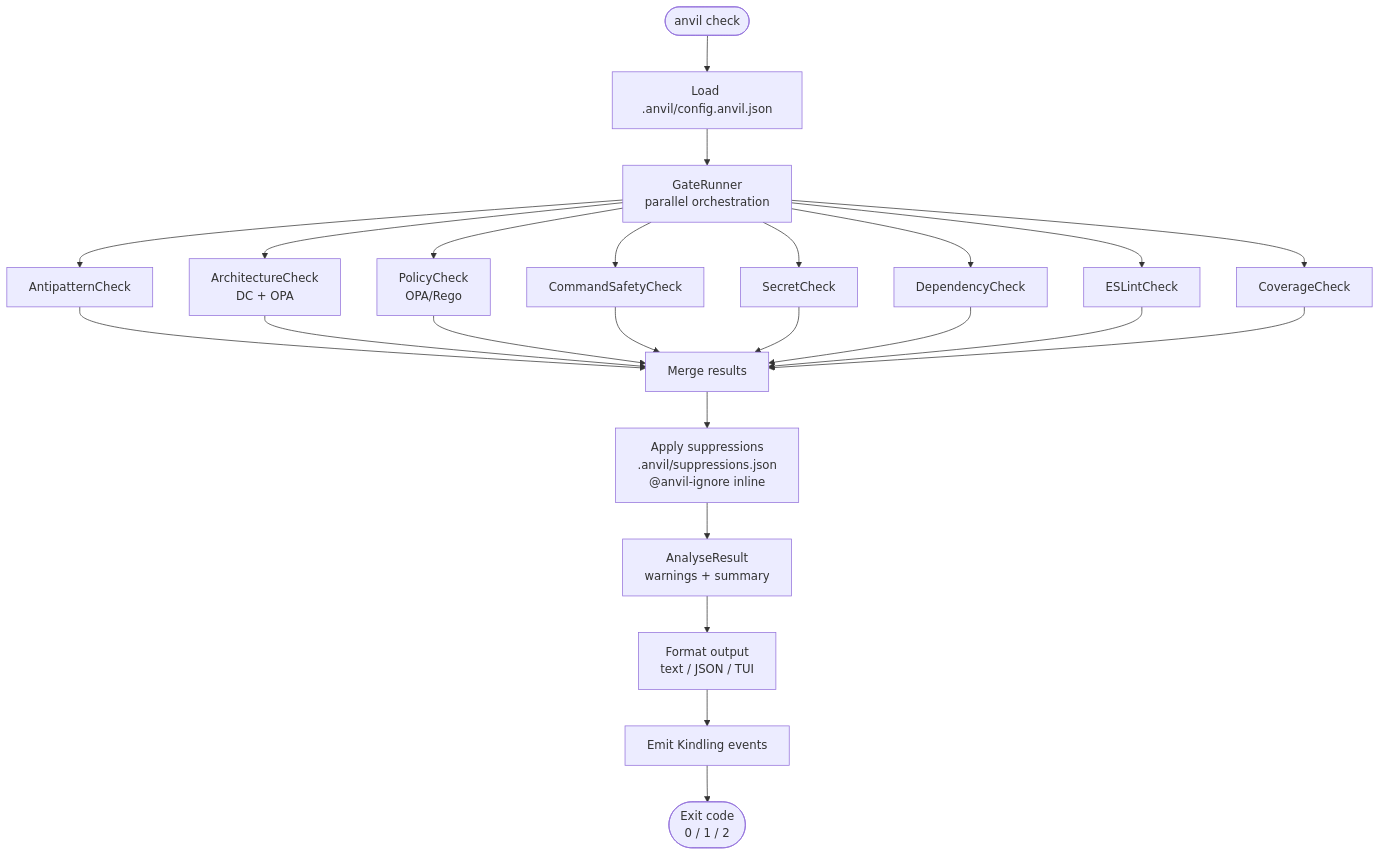
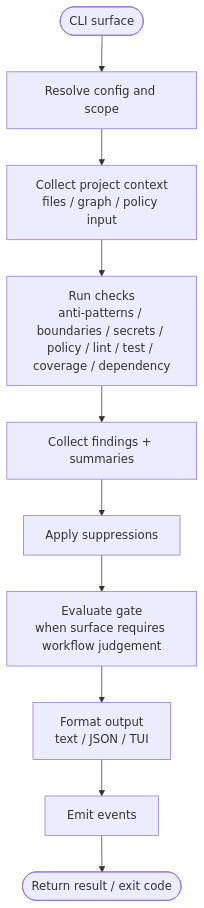
One commit to eddacraft/eddacraft-tui changed the third of 6 diagrams in docs/architecture/overview.md. Above: the diagram before and after it, drawn with Mermaid. The commit also changed other lines of this file and 15 other files, not shown here.

Commit message:
docs(architecture): define quality model and follow-on plans

````diff
--- a/docs/architecture/overview.md
+++ b/docs/architecture/overview.md
@@ -183,44 +238,15 @@
 ```mermaid
 flowchart TD
-    start(["anvil check"])
-    config["Load .anvil/config.anvil.json"]
-    gate["GateRunner<br/>parallel orchestration"]
+    start(["CLI surface"])
+    config["Resolve config and scope"]
+    context["Collect project context\nfiles / graph / policy input"]
+    checks["Run checks\nanti-patterns / boundaries / secrets / policy / lint / test / coverage / dependency"]
+    findings["Collect findings + summaries"]
+    suppress["Apply suppressions"]
+    gate["Evaluate gate\nwhen surface requires workflow judgement"]
+    format["Format output\ntext / JSON / TUI"]
+    kindling["Emit events"]
+    exit(["Return result / exit code"])
 
-    ap["AntipatternCheck"]
-    arch["ArchitectureCheck<br/>DC + OPA"]
-    pol["PolicyCheck<br/>OPA/Rego"]
-    cmd["CommandSafetyCheck"]
-    sec["SecretCheck"]
-    dep["DependencyCheck"]
-    lint["ESLintCheck"]
-    cov["CoverageCheck"]
-
-    merge["Merge results"]
-    suppress["Apply suppressions<br/>.anvil/suppressions.json<br/>@anvil-ignore inline"]
-    analyse["AnalyseResult<br/>warnings + summary"]
-    format["Format output<br/>text / JSON / TUI"]
-    kindling["Emit Kindling events"]
-    exit(["Exit code<br/>0 / 1 / 2"])
-
-    start --> config --> gate
-
-    gate --> ap
-    gate --> arch
-    gate --> pol
-    gate --> cmd
-    gate --> sec
-    gate --> dep
-    gate --> lint
-    gate --> cov
-
-    ap --> merge
-    arch --> merge
-    pol --> merge
-    cmd --> merge
-    sec --> merge
-    dep --> merge
-    lint --> merge
-    cov --> merge
-
-    merge --> suppress --> analyse --> format --> kindling --> exit
+    start --> config --> context --> checks --> findings --> suppress --> gate --> format --> kindling --> exit
 ```
````
